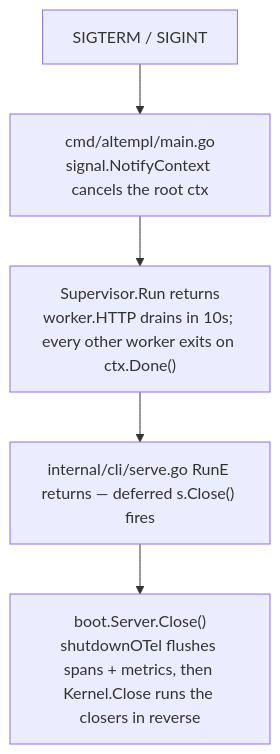
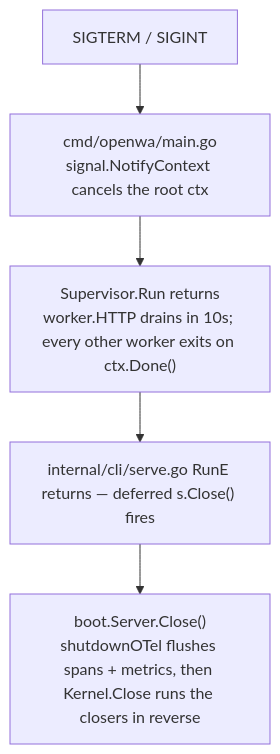
The diagram in docs/platform/README.md (altalune-id/openwa), drawn with Mermaid before and after one commit. The commit also changed other lines of this file and 1169 other files, not shown here.

First line of the commit message:
feat: openwa — multitenant WhatsApp gateway on altempl (#1)

````diff
--- a/docs/platform/README.md
+++ b/docs/platform/README.md
@@ -160,7 +162,7 @@
 ```mermaid
 flowchart TB
-  SIG["SIGTERM / SIGINT"] --> M["cmd/altempl/main.go<br/>signal.NotifyContext cancels the root ctx"]
+  SIG["SIGTERM / SIGINT"] --> M["cmd/openwa/main.go<br/>signal.NotifyContext cancels the root ctx"]
   M --> SUP["Supervisor.Run returns<br/>worker.HTTP drains in 10s; every other worker exits on ctx.Done()"]
   SUP --> R["internal/cli/serve.go RunE returns — deferred s.Close() fires"]
   R --> C["boot.Server.Close()<br/>shutdownOTel flushes spans + metrics, then Kernel.Close runs the closers in reverse"]
 ```
````
